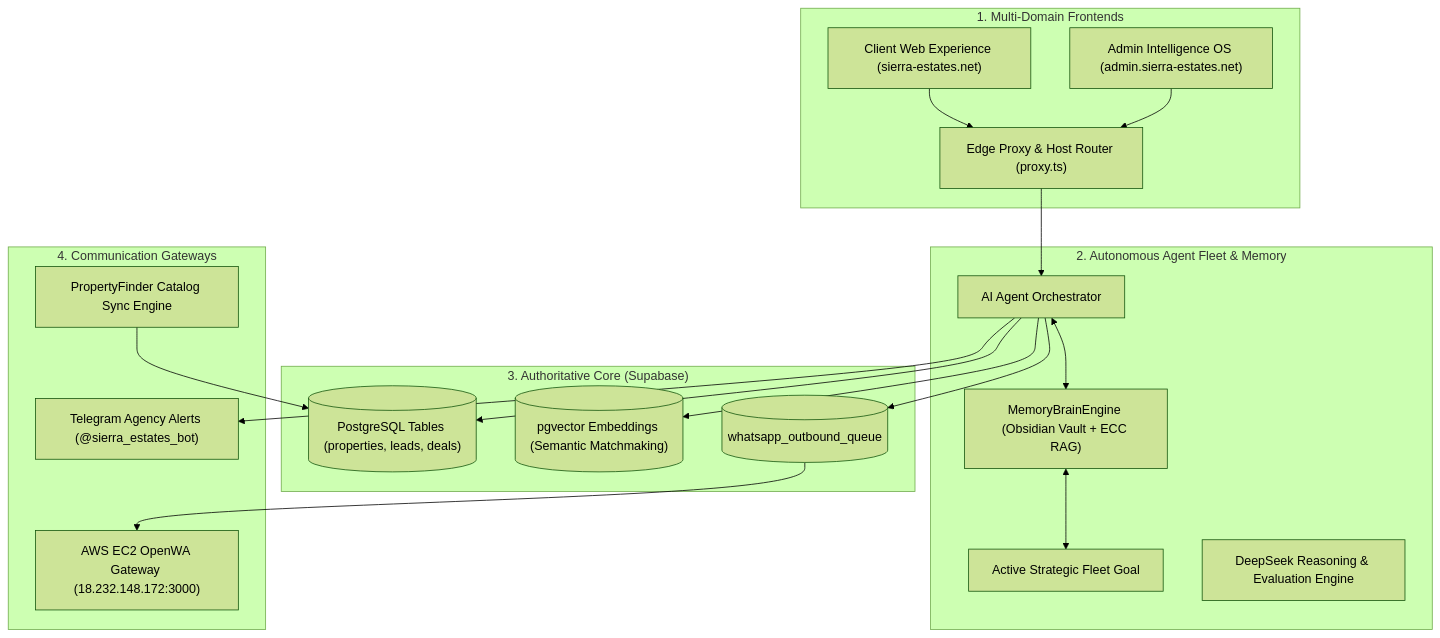
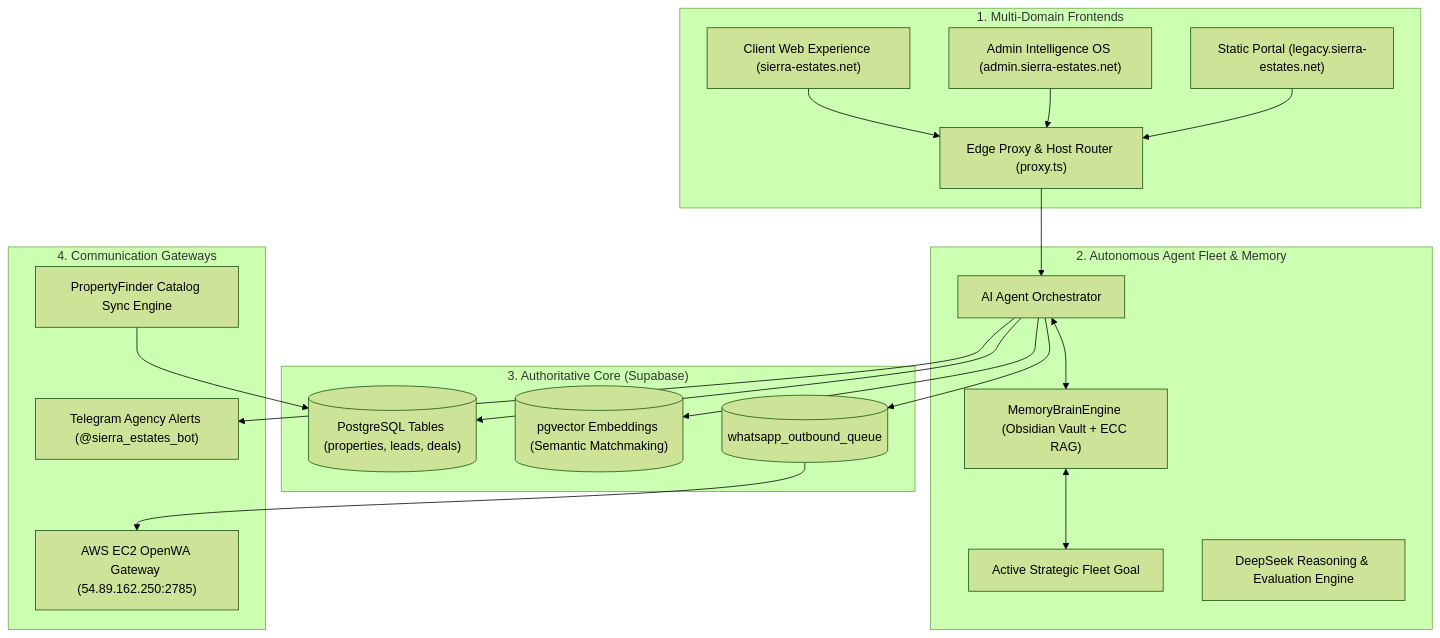
Before and after one commit to afawzy886619888866-cloud/Sierra-Estates: the diagram in README.md, drawn with Mermaid (forest theme). The commit also changed other lines of this file, not shown here.

````diff
--- a/README.md
+++ b/README.md
@@ -25,41 +47,43 @@
 ```mermaid
 flowchart TD
     subgraph Clients ["1. Multi-Domain Frontends"]
         PORTAL["Client Web Experience (sierra-estates.net)"]
         ADMIN["Admin Intelligence OS (admin.sierra-estates.net)"]
+        LEGACY["Static Portal (legacy.sierra-estates.net)"]
         PROXY["Edge Proxy & Host Router (proxy.ts)"]
     end
 
     subgraph Agents ["2. Autonomous Agent Fleet & Memory"]
         ORCH["AI Agent Orchestrator"]
         BRAIN["MemoryBrainEngine (Obsidian Vault + ECC RAG)"]
         GOAL["Active Strategic Fleet Goal"]
         HARNESS["DeepSeek Reasoning & Evaluation Engine"]
     end
 
     subgraph Core ["3. Authoritative Core (Supabase)"]
         DB[("PostgreSQL Tables (properties, leads, deals)")]
         VEC[("pgvector Embeddings (Semantic Matchmaking)")]
         QUEUE[("whatsapp_outbound_queue")]
     end
 
     subgraph Outreach ["4. Communication Gateways"]
-        WA["AWS EC2 OpenWA Gateway (18.232.148.172:3000)"]
+        WA["AWS EC2 OpenWA Gateway (54.89.162.250:2785)"]
         TG["Telegram Agency Alerts (@sierra_estates_bot)"]
         PF["PropertyFinder Catalog Sync Engine"]
     end
 
     PORTAL --> PROXY
     ADMIN --> PROXY
+    LEGACY --> PROXY
     PROXY --> ORCH
 
     ORCH <--> BRAIN
     BRAIN <--> GOAL
     ORCH --> DB
     ORCH --> VEC
     ORCH --> QUEUE
     ORCH --> TG
 
     QUEUE --> WA
     PF --> DB
 ```
````
